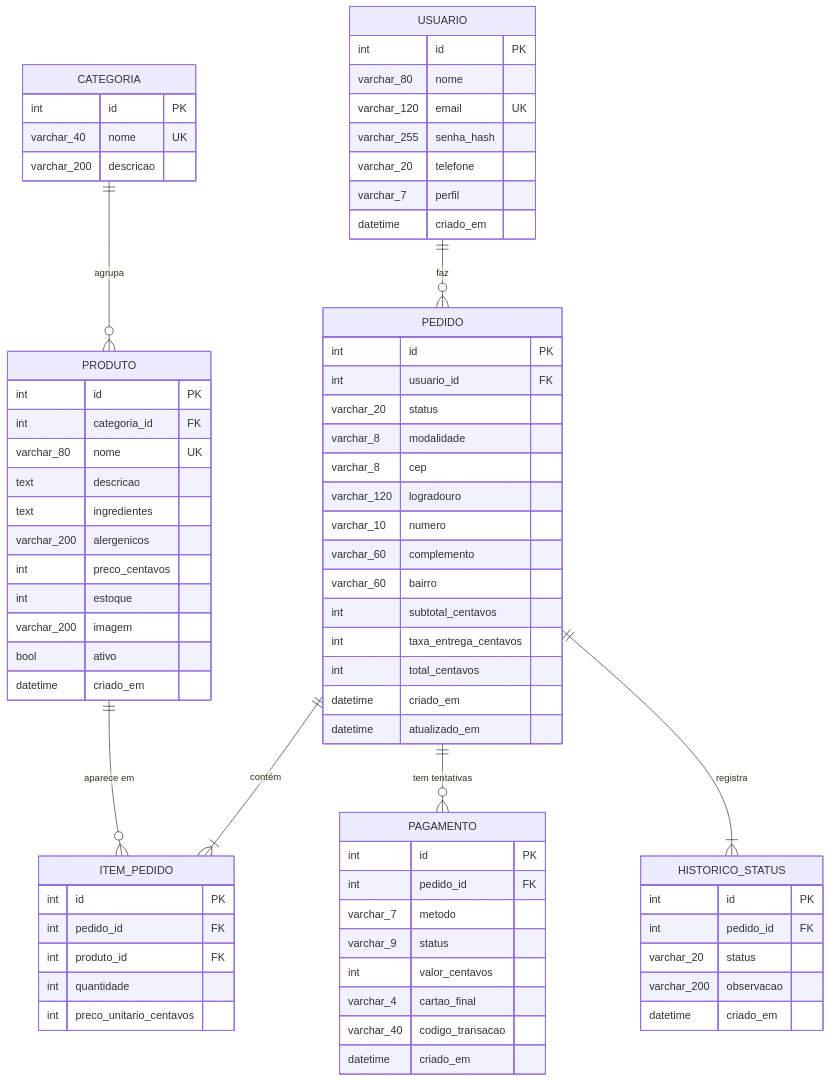
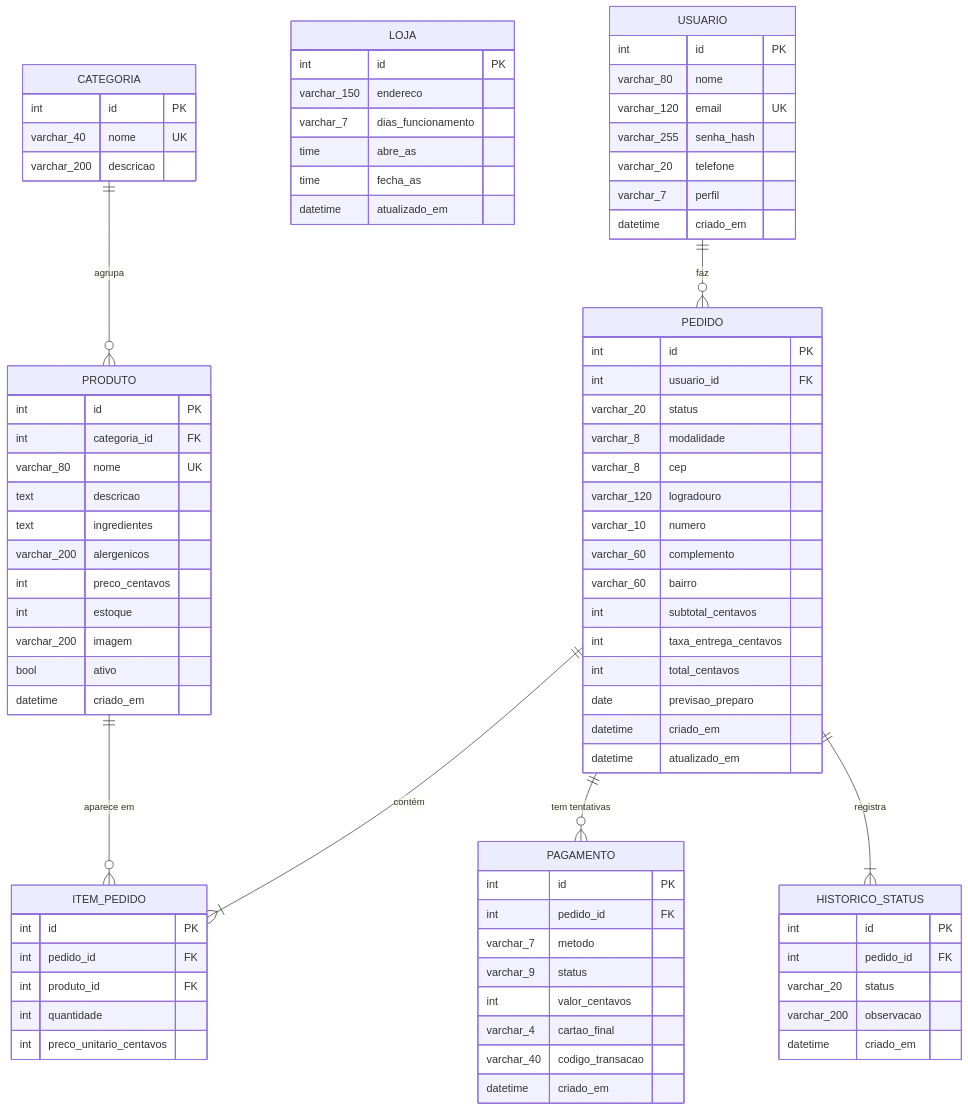
Before and after one commit to gabrielmenezes007/projeto-LaCakes: the diagram in docs/desenvolvimento/diagramas/02-modelo-logico.mmd, drawn with Mermaid. The commit also changed 18 other files, not shown here.

First line of the commit message:
Adiciona os dados da loja e o horário de funcionamento

```diff
--- a/docs/desenvolvimento/diagramas/02-modelo-logico.mmd
+++ b/docs/desenvolvimento/diagramas/02-modelo-logico.mmd
@@ -1,74 +1,83 @@
 erDiagram
   CATEGORIA {
     int id PK
     varchar_40 nome UK
     varchar_200 descricao
+  }
+  LOJA {
+    int id PK
+    varchar_150 endereco
+    varchar_7 dias_funcionamento
+    time abre_as
+    time fecha_as
+    datetime atualizado_em
   }
   USUARIO {
     int id PK
     varchar_80 nome
     varchar_120 email UK
     varchar_255 senha_hash
     varchar_20 telefone
     varchar_7 perfil
     datetime criado_em
   }
   PEDIDO {
     int id PK
     int usuario_id FK
     varchar_20 status
     varchar_8 modalidade
     varchar_8 cep
     varchar_120 logradouro
     varchar_10 numero
     varchar_60 complemento
     varchar_60 bairro
     int subtotal_centavos
     int taxa_entrega_centavos
     int total_centavos
+    date previsao_preparo
     datetime criado_em
     datetime atualizado_em
   }
   PRODUTO {
     int id PK
     int categoria_id FK
     varchar_80 nome UK
     text descricao
     text ingredientes
     varchar_200 alergenicos
     int preco_centavos
     int estoque
     varchar_200 imagem
     bool ativo
     datetime criado_em
   }
   HISTORICO_STATUS {
     int id PK
     int pedido_id FK
     varchar_20 status
     varchar_200 observacao
     datetime criado_em
   }
   ITEM_PEDIDO {
     int id PK
     int pedido_id FK
     int produto_id FK
     int quantidade
     int preco_unitario_centavos
   }
   PAGAMENTO {
     int id PK
     int pedido_id FK
     varchar_7 metodo
     varchar_9 status
     int valor_centavos
     varchar_4 cartao_final
     varchar_40 codigo_transacao
     datetime criado_em
   }
   USUARIO ||--o{ PEDIDO : "faz"
   CATEGORIA ||--o{ PRODUTO : "agrupa"
   PEDIDO ||--|{ ITEM_PEDIDO : "contém"
   PRODUTO ||--o{ ITEM_PEDIDO : "aparece em"
   PEDIDO ||--o{ PAGAMENTO : "tem tentativas"
   PEDIDO ||--|{ HISTORICO_STATUS : "registra"
```
